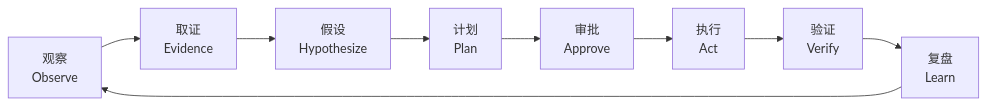
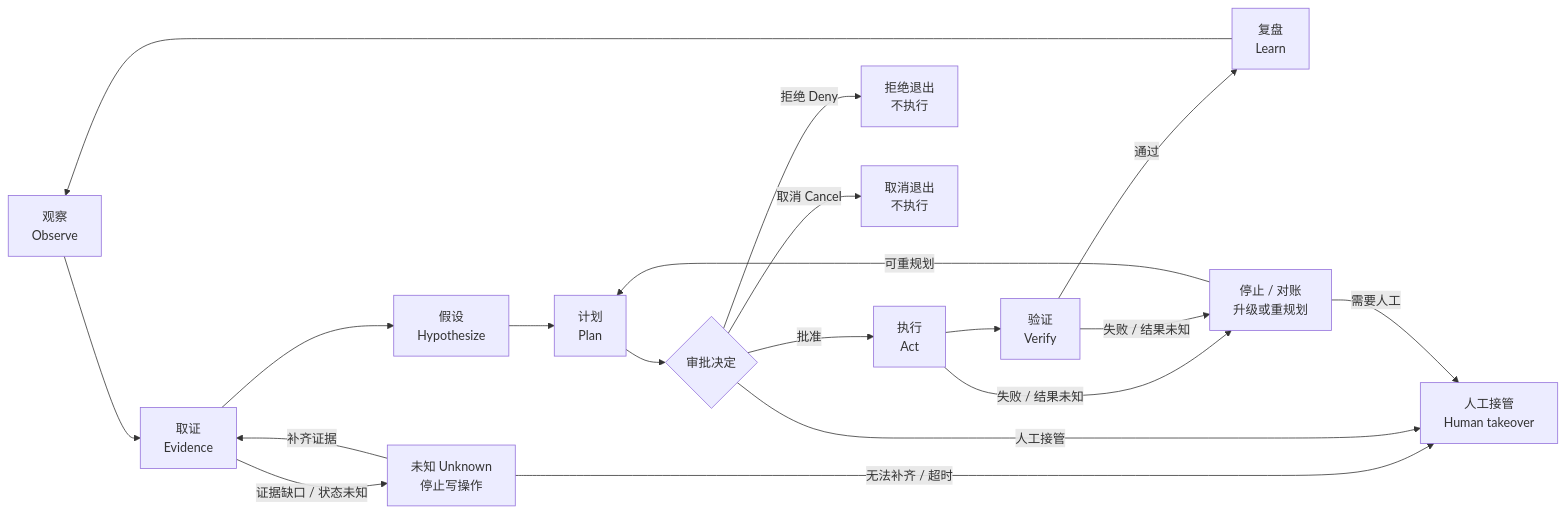
Before and after one commit to ai-guru-global/the-ops-agent-book: the diagram in docs/guide/index.md, drawn with Mermaid. The commit also changed other lines of this file and 42 other files, not shown here.

````diff
--- a/docs/guide/index.md
+++ b/docs/guide/index.md
@@ -19,11 +19,21 @@
 ```mermaid
 flowchart LR
   A[观察<br/>Observe] --> B[取证<br/>Evidence]
   B --> C[假设<br/>Hypothesize]
   C --> D[计划<br/>Plan]
-  D --> E[审批<br/>Approve]
-  E --> F[执行<br/>Act]
+  D --> E{审批决定}
+  E -->|批准| F[执行<br/>Act]
   F --> G[验证<br/>Verify]
-  G --> H[复盘<br/>Learn]
+  G -->|通过| H[复盘<br/>Learn]
   H --> A
+  B -->|证据缺口 / 状态未知| U[未知 Unknown<br/>停止写操作]
+  U -->|补齐证据| B
+  U -->|无法补齐 / 超时| T[人工接管<br/>Human takeover]
+  E -->|拒绝 Deny| X[拒绝退出<br/>不执行]
+  E -->|取消 Cancel| Y[取消退出<br/>不执行]
+  E -->|人工接管| T
+  F -->|失败 / 结果未知| R[停止 / 对账<br/>升级或重规划]
+  R -->|需要人工| T
+  R -->|可重规划| D
+  G -->|失败 / 结果未知| R
 ```
````
